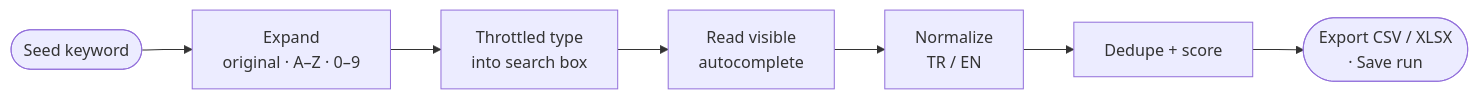
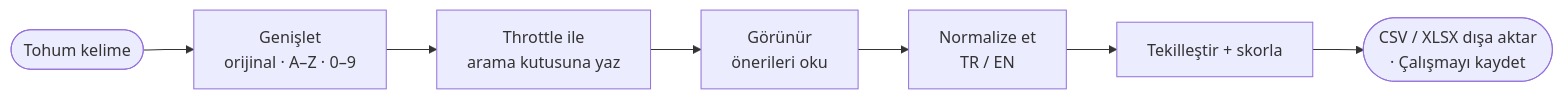
Before and after one commit to aydogandagidir/keyword-radar: the first of 2 diagrams in README.md, drawn with Mermaid. The commit also changed other lines of this file and 6 other files, not shown here.

````diff
--- a/README.md
+++ b/README.md
@@ -93,9 +71,9 @@
 ```mermaid
 flowchart LR
-    A([Seed keyword]) --> B[Expand<br/>original · A–Z · 0–9]
-    B --> C[Throttled type<br/>into search box]
-    C --> D[Read visible<br/>autocomplete]
-    D --> E[Normalize<br/>TR / EN]
-    E --> F[Dedupe + score]
-    F --> G([Export CSV / XLSX<br/>· Save run])
+    A([Tohum kelime]) --> B[Genişlet<br/>orijinal · A–Z · 0–9]
+    B --> C[Throttle ile<br/>arama kutusuna yaz]
+    C --> D[Görünür<br/>önerileri oku]
+    D --> E[Normalize et<br/>TR / EN]
+    E --> F[Tekilleştir + skorla]
+    F --> G([CSV / XLSX dışa aktar<br/>· Çalışmayı kaydet])
 ```
````
